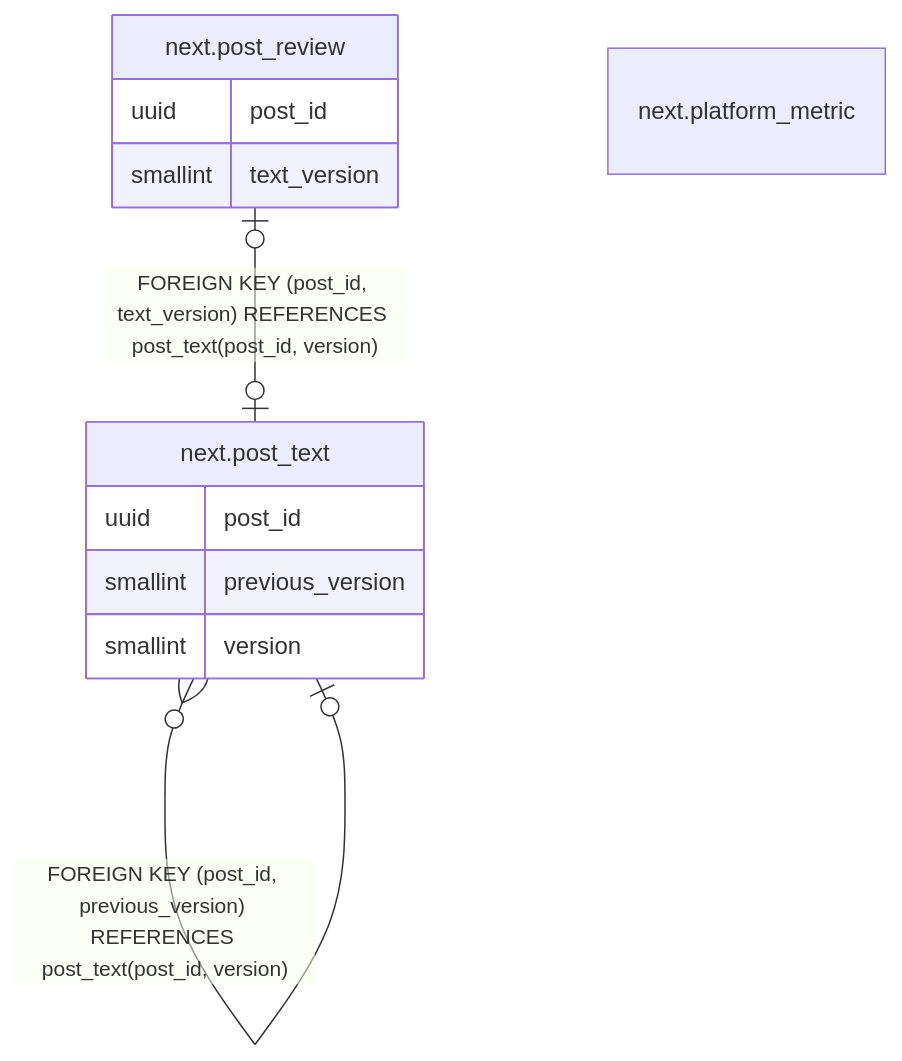
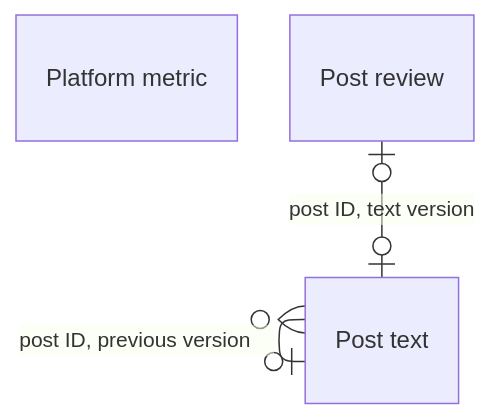
The diagram in docs/database/tables/viewpoint-marketing-review.md (DoctorCRE/doctorcre-engine), drawn with Mermaid before and after one commit. The commit also changed other lines of this file and 29 other files, not shown here.

````diff
--- a/docs/database/tables/viewpoint-marketing-review.md
+++ b/docs/database/tables/viewpoint-marketing-review.md
@@ -17,18 +3,15 @@
 ```mermaid
+---
+config:
+  layout: elk
+  er:
+    nodeSpacing: 22
+    rankSpacing: 44
+---
 erDiagram
-
-"next.post_review" |o--o| "next.post_text" : "FOREIGN KEY (post_id, text_version) REFERENCES post_text(post_id, version)"
-"next.post_text" }o--o| "next.post_text" : "FOREIGN KEY (post_id, previous_version) REFERENCES post_text(post_id, version)"
-
-"next.platform_metric" {
-}
-"next.post_review" {
-  uuid post_id
-  smallint text_version
-}
-"next.post_text" {
-  uuid post_id
-  smallint previous_version
-  smallint version
-}
+  "Platform metric"
+  "Post review"
+  "Post text"
+  "Post review" |o--o| "Post text" : "post ID, text version"
+  "Post text" }o--o| "Post text" : "post ID, previous version#160;#160;#160;#160;"
 ```
````
